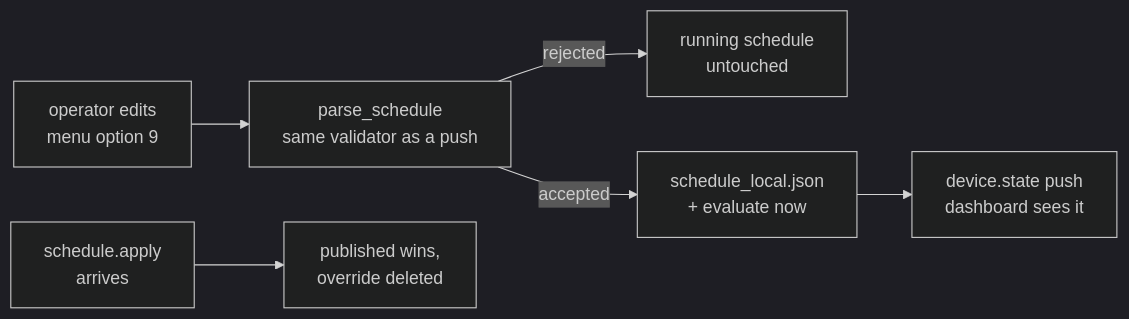
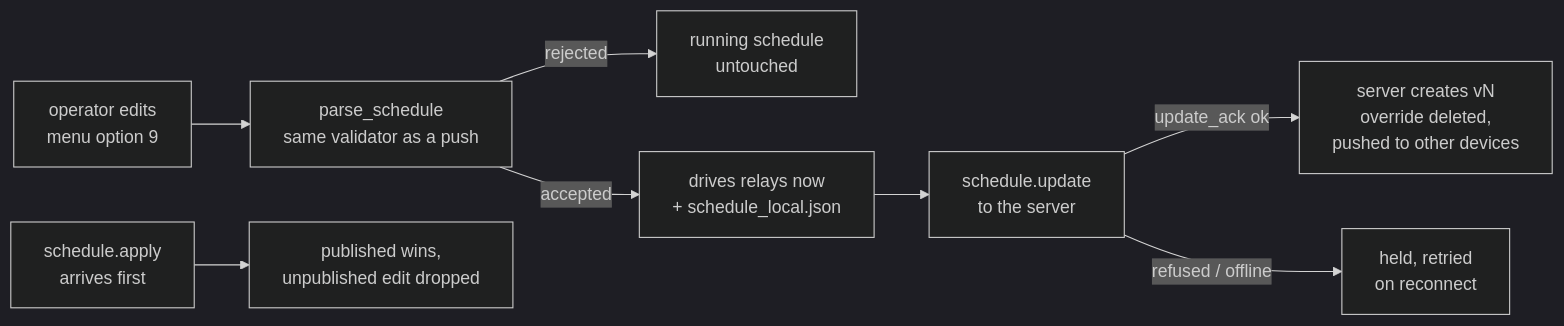
The seventh of 8 diagrams in README.md (mehrab-ghasemzadeh/boilerRoom-edge), drawn with Mermaid (dark theme) before and after one commit. The commit also changed other lines of this file and 15 other files, not shown here.

````diff
--- a/README.md
+++ b/README.md
@@ -362,8 +369,10 @@
 ```mermaid
 flowchart LR
     A["operator edits<br/>menu option 9"] --> B["parse_schedule<br/>same validator as a push"]
     B -->|rejected| C["running schedule<br/>untouched"]
-    B -->|accepted| D["schedule_local.json<br/>+ evaluate now"]
-    D --> E["device.state push<br/>dashboard sees it"]
-    F["schedule.apply<br/>arrives"] --> G["published wins,<br/>override deleted"]
+    B -->|accepted| D["drives relays now<br/>+ schedule_local.json"]
+    D --> E["schedule.update<br/>to the server"]
+    E -->|update_ack ok| F["server creates vN<br/>override deleted,<br/>pushed to other devices"]
+    E -->|refused / offline| G["held, retried<br/>on reconnect"]
+    H["schedule.apply<br/>arrives first"] --> I["published wins,<br/>unpublished edit dropped"]
 ```
````
